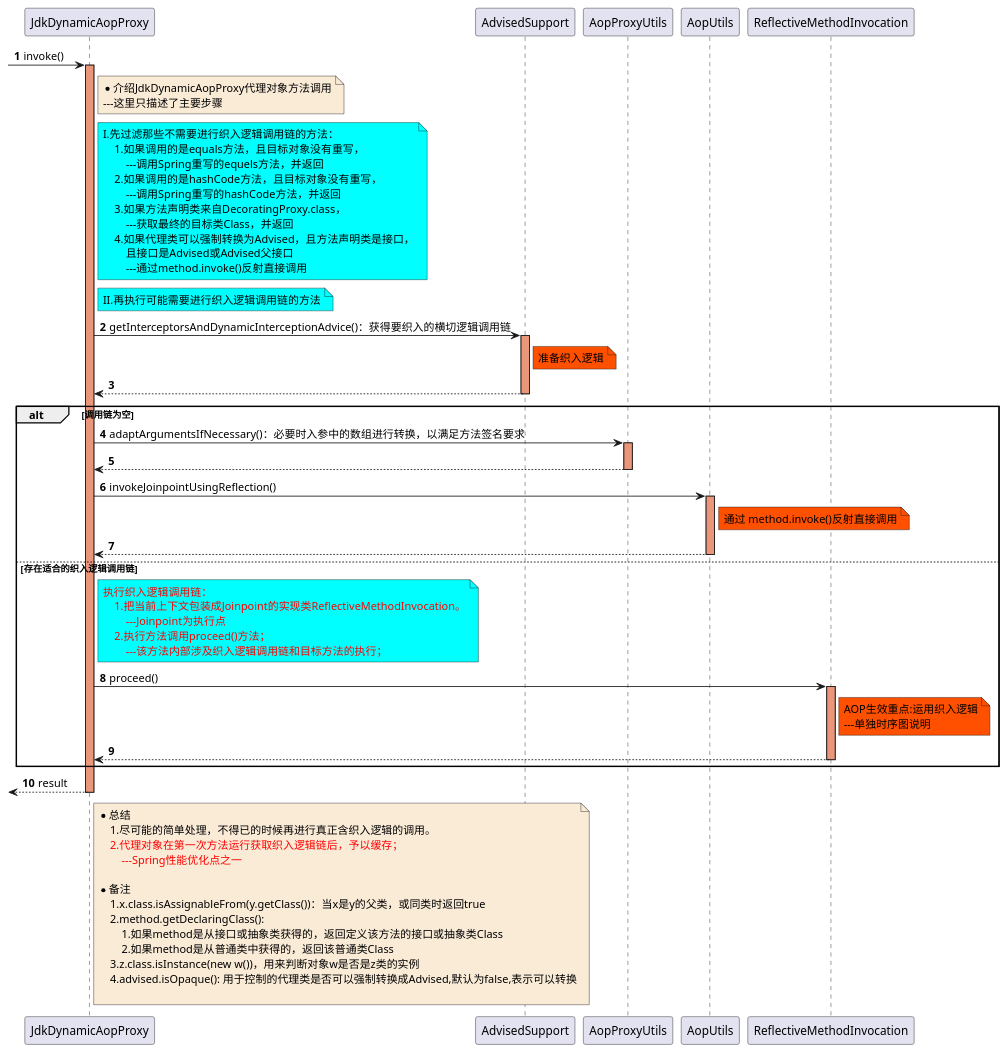
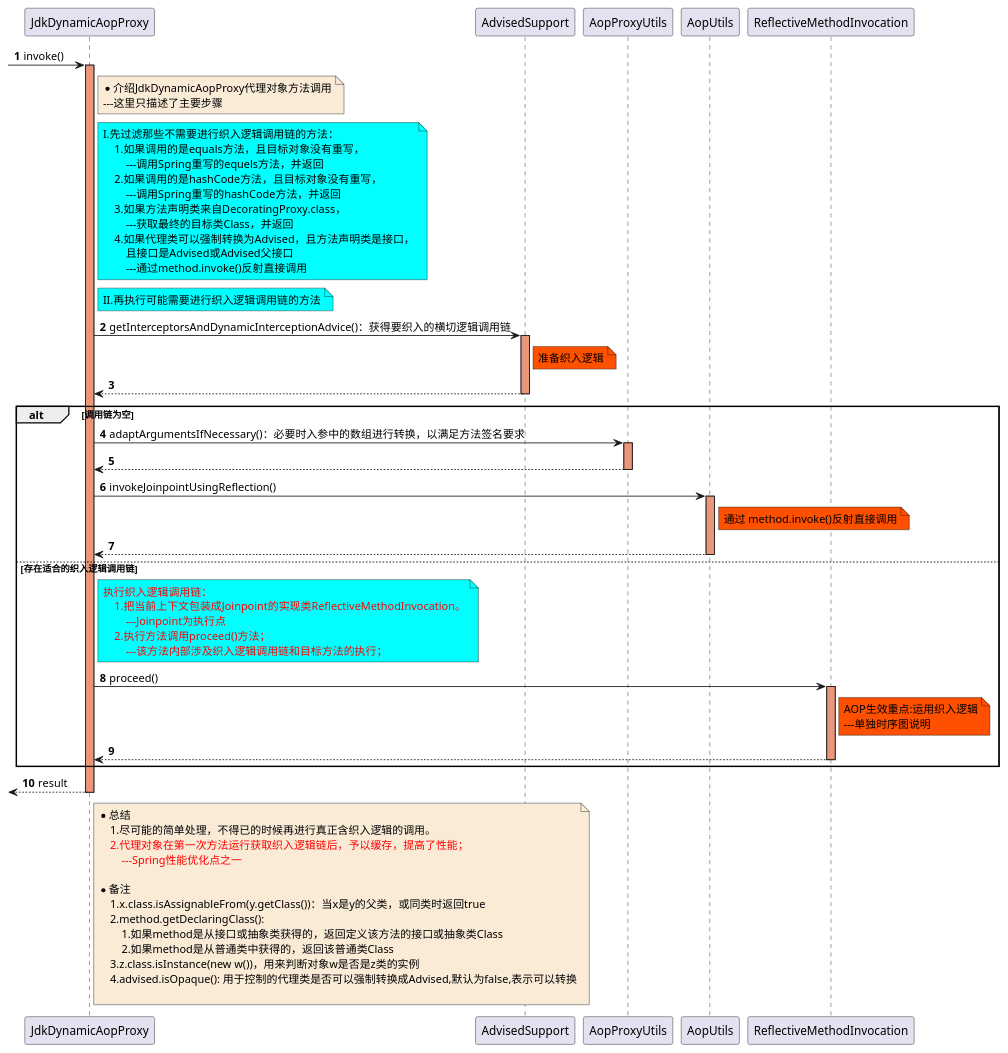
The diagram in document/spring/base/sequence/AOP-ProxyInvoke-0-JdkDynamicAopProxy_invoke-sequence.puml (czwer/learn-spring-code), drawn with PlantUML before and after one commit. The commit also changed 3 other files, not shown here.

Commit message:
修改Cglib版代理对象执行时的时序图

```diff
--- a/document/spring/base/sequence/AOP-ProxyInvoke-0-JdkDynamicAopProxy_invoke-sequence.puml
+++ b/document/spring/base/sequence/AOP-ProxyInvoke-0-JdkDynamicAopProxy_invoke-sequence.puml
@@ -1,88 +1,88 @@
 @startuml
 
 autonumber
 
 -> JdkDynamicAopProxy: invoke()
 
 note right of JdkDynamicAopProxy #FAEBD7
     *介绍JdkDynamicAopProxy代理对象方法调用
     ---这里只描述了主要步骤
 end note
 activate JdkDynamicAopProxy #DarkSalmon
     note right of JdkDynamicAopProxy #aqua
         I.先过滤那些不需要进行织入逻辑调用链的方法：
             1.如果调用的是equals方法，且目标对象没有重写，
                 ---调用Spring重写的equels方法，并返回
             2.如果调用的是hashCode方法，且目标对象没有重写，
                 ---调用Spring重写的hashCode方法，并返回
             3.如果方法声明类来自DecoratingProxy.class，
                 ---获取最终的目标类Class，并返回
             4.如果代理类可以强制转换为Advised，且方法声明类是接口，
                 且接口是Advised或Advised父接口
                 ---通过method.invoke()反射直接调用
     end note
 
     note right of JdkDynamicAopProxy #aqua
         II.再执行可能需要进行织入逻辑调用链的方法
     end note
     JdkDynamicAopProxy-> AdvisedSupport:getInterceptorsAndDynamicInterceptionAdvice()：获得要织入的横切逻辑调用链
     activate AdvisedSupport #DarkSalmon
         note right of AdvisedSupport #FF5000
            准备织入逻辑
         end note
     AdvisedSupport --> JdkDynamicAopProxy
     deactivate AdvisedSupport
 
     alt 调用链为空
         JdkDynamicAopProxy-> AopProxyUtils:adaptArgumentsIfNecessary()：必要时入参中的数组进行转换，以满足方法签名要求
         activate AopProxyUtils #DarkSalmon
         AopProxyUtils --> JdkDynamicAopProxy
         deactivate AopProxyUtils
 
         JdkDynamicAopProxy-> AopUtils:invokeJoinpointUsingReflection()
         activate AopUtils #DarkSalmon
             note right of AopUtils #FF5000
                通过 method.invoke()反射直接调用
             end note
         AopUtils --> JdkDynamicAopProxy
         deactivate AopUtils
 
     else 存在适合的织入逻辑调用链
         note right of JdkDynamicAopProxy #aqua
             <font color=red>执行织入逻辑调用链：</font>
                 <font color=red>1.把当前上下文包装成Joinpoint的实现类ReflectiveMethodInvocation。</font>
                     <font color=red>---Joinpoint为执行点</font>
                 <font color=red>2.执行方法调用proceed()方法；</font>
                     <font color=red>---该方法内部涉及织入逻辑调用链和目标方法的执行；</font>
         end note
         JdkDynamicAopProxy-> ReflectiveMethodInvocation:proceed()
         activate ReflectiveMethodInvocation #DarkSalmon
             note right of ReflectiveMethodInvocation #FF5000
                 AOP生效重点:运用织入逻辑
                 ---单独时序图说明
             end note
         ReflectiveMethodInvocation --> JdkDynamicAopProxy
         deactivate ReflectiveMethodInvocation
 
     end
 
 <-- JdkDynamicAopProxy : result
 deactivate JdkDynamicAopProxy
 
 note right of JdkDynamicAopProxy #FAEBD7
 *总结
     1.尽可能的简单处理，不得已的时候再进行真正含织入逻辑的调用。
-    <font color=red>2.代理对象在第一次方法运行获取织入逻辑链后，予以缓存；</font>
+    <font color=red>2.代理对象在第一次方法运行获取织入逻辑链后，予以缓存，提高了性能；</font>
         <font color=red>---Spring性能优化点之一</font>
 
 *备注
     1.x.class.isAssignableFrom(y.getClass())：当x是y的父类，或同类时返回true
     2.method.getDeclaringClass():
         1.如果method是从接口或抽象类获得的，返回定义该方法的接口或抽象类Class
         2.如果method是从普通类中获得的，返回该普通类Class
     3.z.class.isInstance(new w())，用来判断对象w是否是z类的实例
     4.advised.isOpaque(): 用于控制的代理类是否可以强制转换成Advised,默认为false,表示可以转换
 
 end note
 
 @enduml
```
